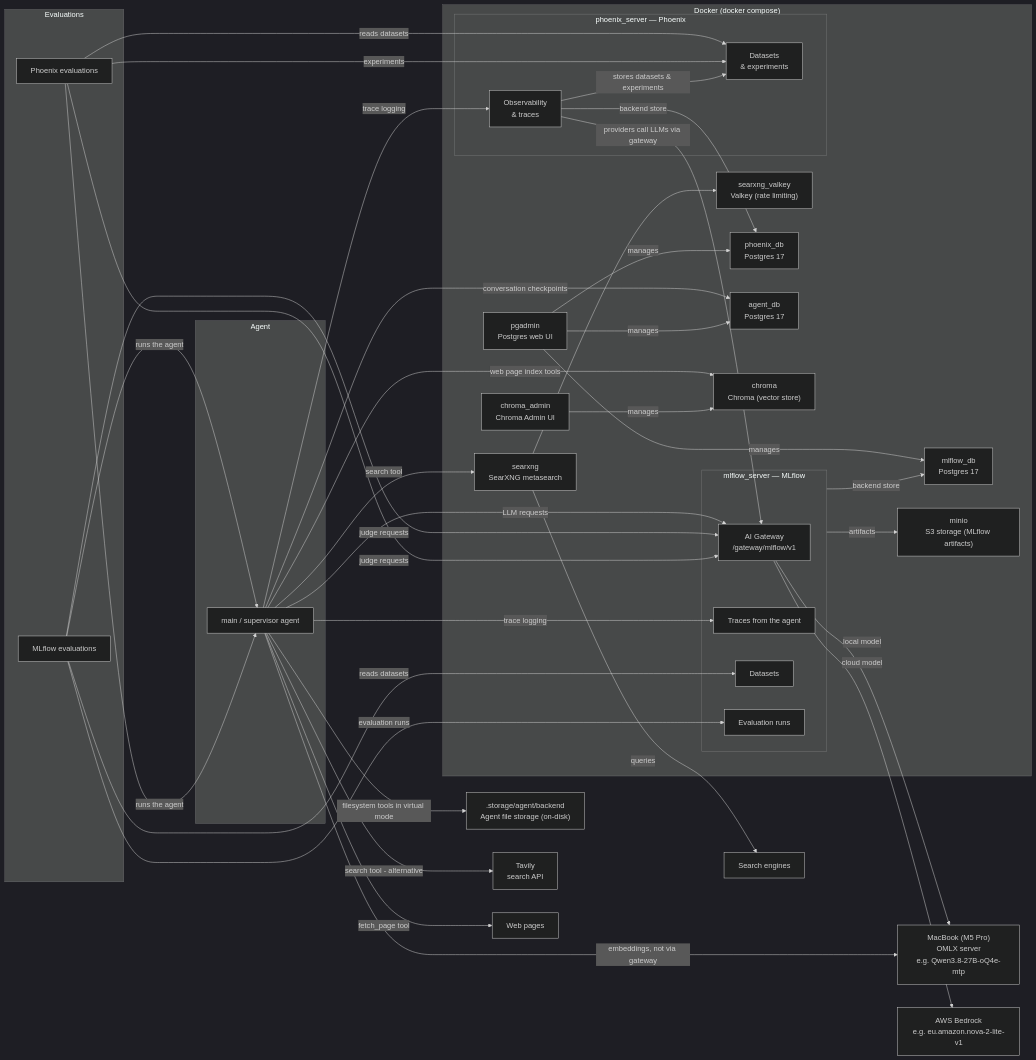
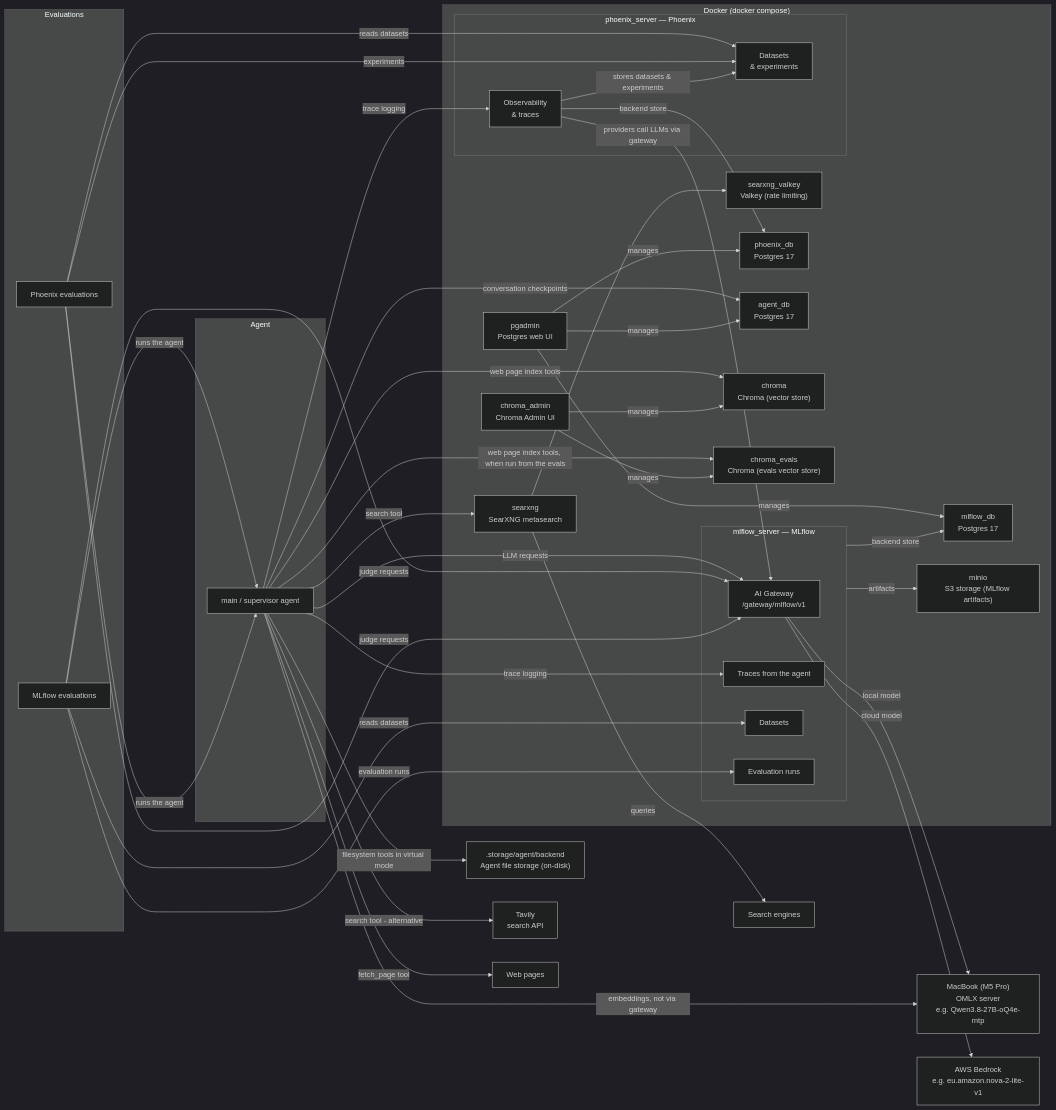
The first of 5 diagrams in documentation/design.md (codiply/tech-market-researcher), drawn with Mermaid (dark theme) before and after one commit. The commit also changed other lines of this file and 4 other files, not shown here.

First line of the commit message:
Add a dedicated Chroma vector store for the evals

````diff
--- a/documentation/design.md
+++ b/documentation/design.md
@@ -5,73 +5,76 @@
 ```mermaid
 flowchart LR
     subgraph agent["Agent"]
         main["main / supervisor agent"]
     end
 
     subgraph evals["Evaluations"]
         mlflow_evals["MLflow evaluations"]
         phoenix_evals["Phoenix evaluations"]
     end
 
     subgraph docker["Docker (docker compose)"]
         subgraph mlflow_box["mlflow_server — MLflow"]
             gateway["AI Gateway<br/>/gateway/mlflow/v1"]
             traces["Traces from the agent"]
             datasets["Datasets"]
             eval_runs["Evaluation runs"]
         end
         mlflow_db["mlflow_db<br/>Postgres 17"]
         searxng["searxng<br/>SearXNG metasearch"]
         valkey["searxng_valkey<br/>Valkey (rate limiting)"]
         minio["minio<br/>S3 storage (MLflow artifacts)"]
         pgadmin["pgadmin<br/>Postgres web UI"]
         subgraph phoenix_box["phoenix_server — Phoenix"]
             phoenix_server["Observability<br/>& traces"]
             phoenix_datasets["Datasets<br/>& experiments"]
         end
         phoenix_db["phoenix_db<br/>Postgres 17"]
         agent_db["agent_db<br/>Postgres 17"]
         chroma["chroma<br/>Chroma (vector store)"]
+        chroma_evals["chroma_evals<br/>Chroma (evals vector store)"]
         chroma_admin["chroma_admin<br/>Chroma Admin UI"]
     end
 
     agent_fs[".storage/agent/backend<br/>Agent file storage (on-disk)"]
 
     macbook["MacBook (M5 Pro)<br/>OMLX server<br/>e.g. Qwen3.8-27B-oQ4e-mtp"]
     aws["AWS Bedrock<br/>e.g. eu.amazon.nova-2-lite-v1"]
     tavily["Tavily<br/>search API"]
     engines["Search engines"]
     web["Web pages"]
 
     main -->|LLM requests| gateway
     main -->|trace logging| traces
     main -->|trace logging| phoenix_server
     main -->|search tool| searxng
     main -->|search tool - alternative| tavily
     main -->|fetch_page tool| web
     main -->|web page index tools| chroma
+    main -->|web page index tools, when run from the evals| chroma_evals
     main -->|filesystem tools in virtual mode| agent_fs
     main -->|embeddings, not via gateway| macbook
     main -->|conversation checkpoints| agent_db
     mlflow_evals -->|runs the agent| main
     mlflow_evals -->|judge requests| gateway
     mlflow_evals -->|reads datasets| datasets
     mlflow_evals -->|evaluation runs| eval_runs
     phoenix_evals -->|runs the agent| main
     phoenix_evals -->|judge requests| gateway
     phoenix_evals -->|reads datasets| phoenix_datasets
     phoenix_evals -->|experiments| phoenix_datasets
     phoenix_server -->|stores datasets & experiments| phoenix_datasets
     phoenix_server -->|providers call LLMs via gateway| gateway
     gateway -->|local model| macbook
     gateway -->|cloud model| aws
     searxng -->|queries| engines
     searxng --> valkey
     mlflow_box -->|backend store| mlflow_db
     mlflow_box -->|artifacts| minio
     pgadmin -->|manages| mlflow_db
     phoenix_server -->|backend store| phoenix_db
     pgadmin -->|manages| phoenix_db
     pgadmin -->|manages| agent_db
     chroma_admin -->|manages| chroma
+    chroma_admin -->|manages| chroma_evals
 ```
````
